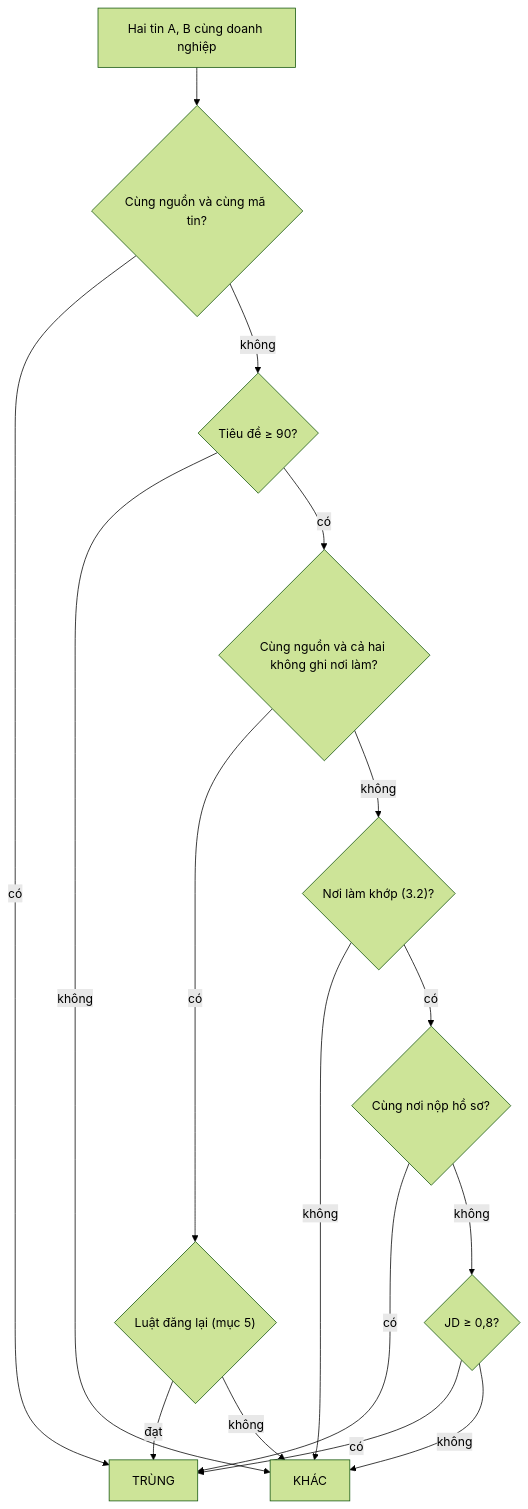
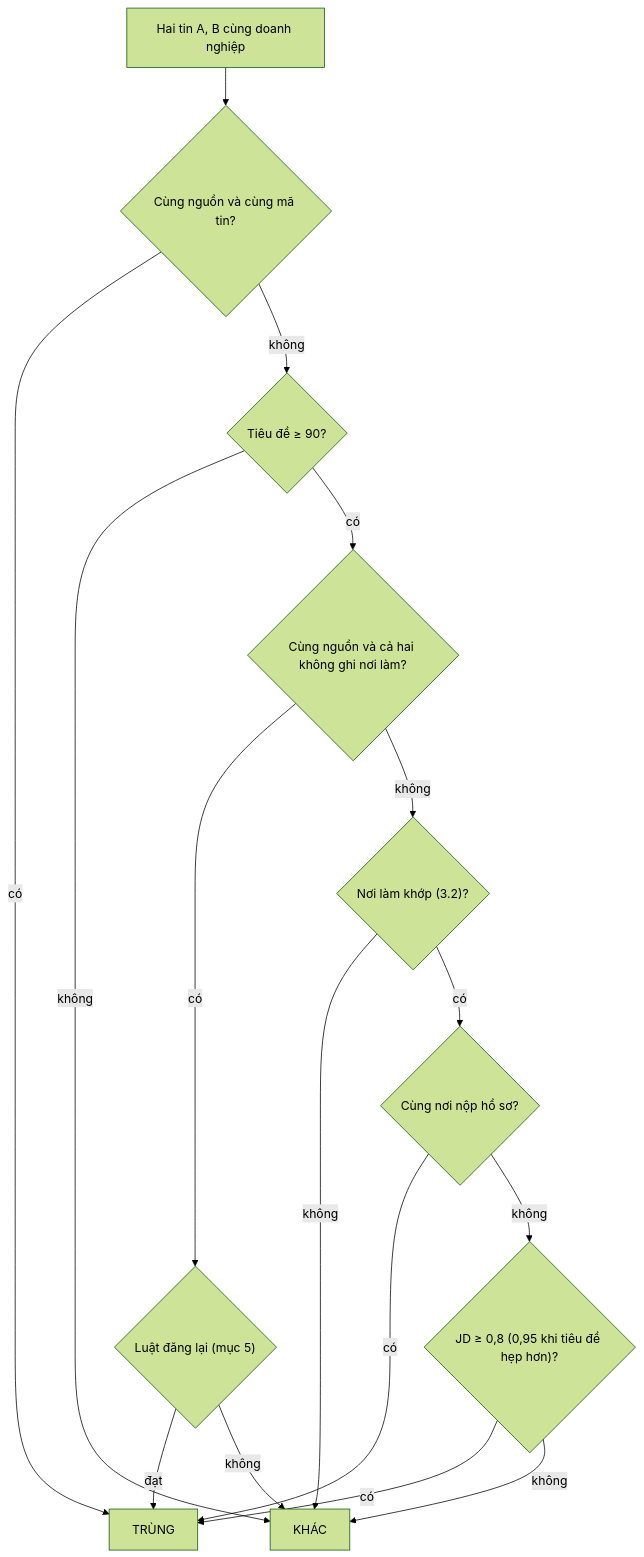
One commit to ntthanh2603/job-crawler changed the diagram in docs/DEDUP.md. Above: the diagram before and after it, drawn with Mermaid (forest theme). The commit also changed other lines of this file and 10 other files, not shown here.

````diff
--- a/docs/DEDUP.md
+++ b/docs/DEDUP.md
@@ -109,18 +115,18 @@
 ```mermaid
 flowchart TD
   S["Hai tin A, B cùng doanh nghiệp"] --> K{"Cùng nguồn và cùng mã tin?"}
   K -- có --> T["TRÙNG"]
   K -- không --> TI{"Tiêu đề ≥ 90?"}
   TI -- không --> F["KHÁC"]
   TI -- có --> NP{"Cùng nguồn và cả hai không ghi nơi làm?"}
   NP -- có --> RP{"Luật đăng lại (mục 5)"}
   RP -- đạt --> T
   RP -- không --> F
   NP -- không --> PL{"Nơi làm khớp (3.2)?"}
   PL -- không --> F
   PL -- có --> AP{"Cùng nơi nộp hồ sơ?"}
   AP -- có --> T
-  AP -- không --> JD{"JD ≥ 0,8?"}
+  AP -- không --> JD{"JD ≥ 0,8 (0,95 khi tiêu đề hẹp hơn)?"}
   JD -- có --> T
   JD -- không --> F
 ```
````
